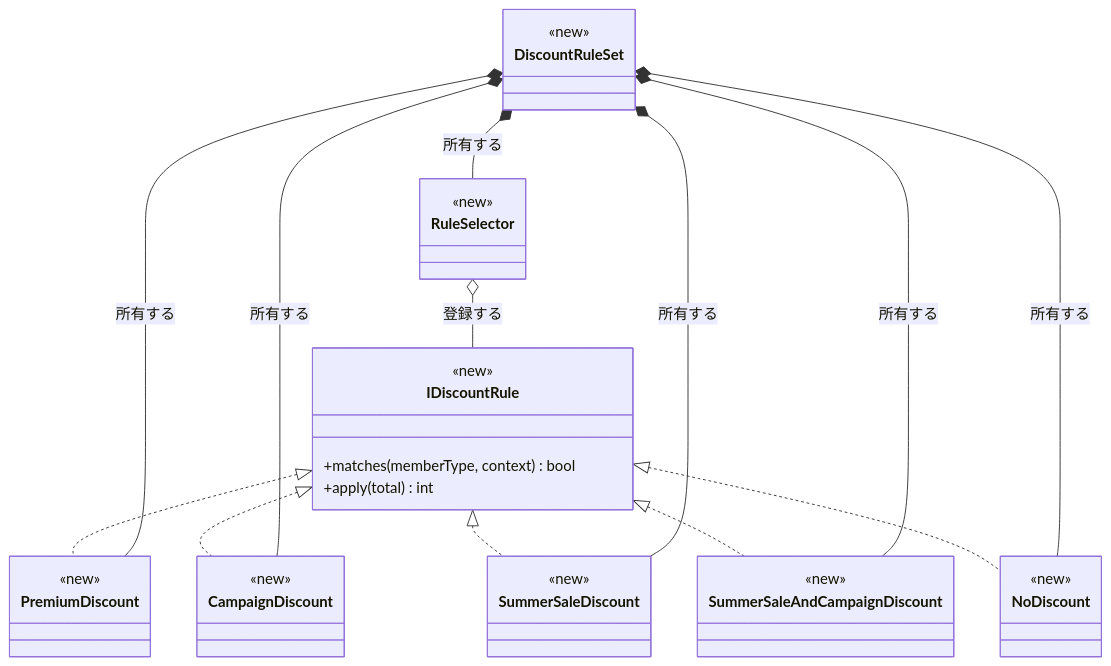
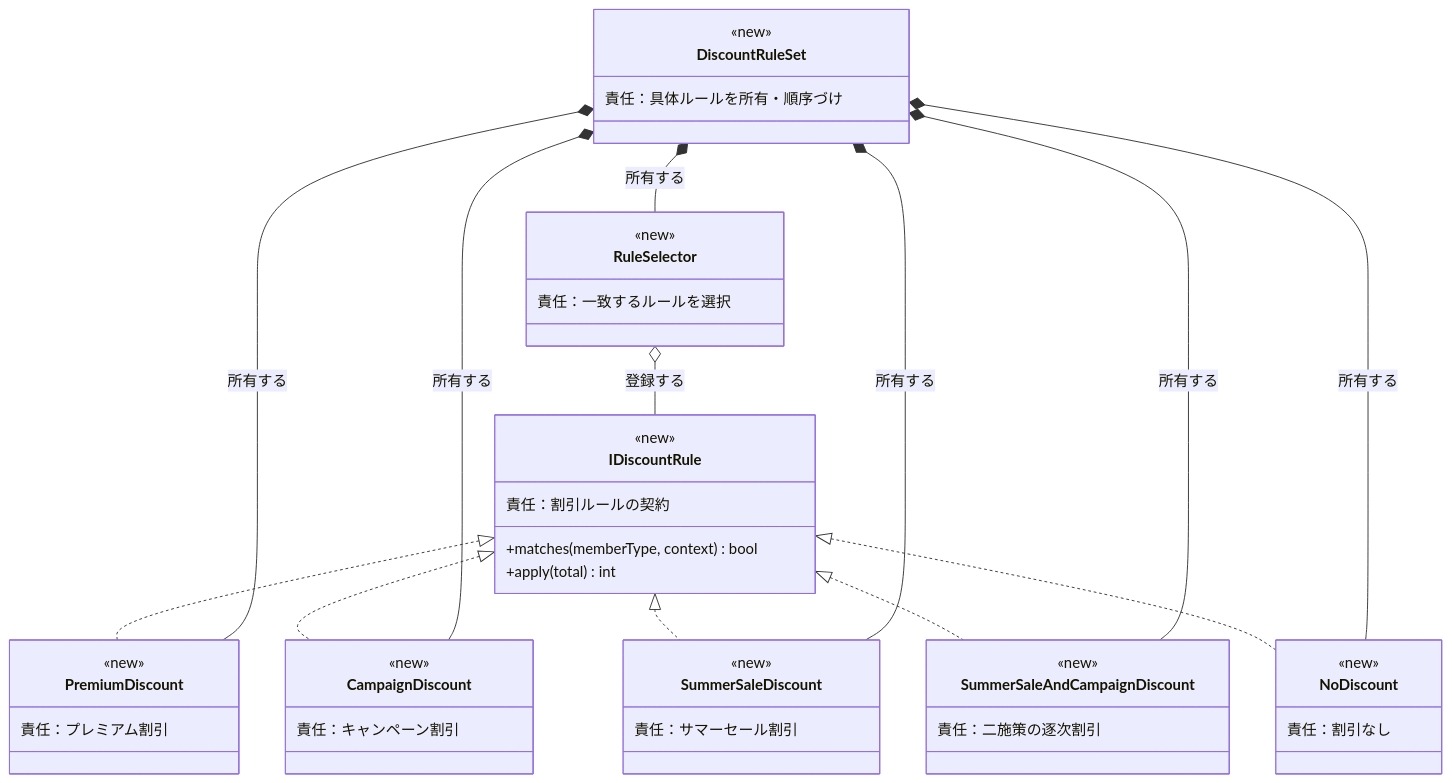
Diagram 13 of 20 in kindle/design-patterns/books/volume01-core-patterns/output/03-chapter01.md (kumachan1101-pixel/DesignPattern), drawn with Mermaid before and after one commit. The commit also changed other lines of this file and 12 other files, not shown here.

````diff
--- a/kindle/design-patterns/books/volume01-core-patterns/output/03-chapter01.md
+++ b/kindle/design-patterns/books/volume01-core-patterns/output/03-chapter01.md
@@ -1735,43 +1728,51 @@
 ```mermaid
 classDiagram
     direction TB
     class IDiscountRule {
         <<new>>
         <<interface>>
+        責任：割引ルールの契約
         +matches(memberType, context) bool
         +apply(total) int
     }
     class PremiumDiscount {
         <<new>>
+        責任：プレミアム割引
     }
     class CampaignDiscount {
         <<new>>
+        責任：キャンペーン割引
     }
     class SummerSaleDiscount {
         <<new>>
+        責任：サマーセール割引
     }
     class SummerSaleAndCampaignDiscount {
         <<new>>
+        責任：二施策の逐次割引
     }
     class NoDiscount {
         <<new>>
+        責任：割引なし
     }
     class DiscountRuleSet {
         <<new>>
+        責任：具体ルールを所有・順序づけ
     }
     class RuleSelector {
         <<new>>
+        責任：一致するルールを選択
     }
     IDiscountRule <|.. PremiumDiscount
     IDiscountRule <|.. CampaignDiscount
     IDiscountRule <|.. SummerSaleDiscount
     IDiscountRule <|.. SummerSaleAndCampaignDiscount
     IDiscountRule <|.. NoDiscount
     DiscountRuleSet *-- PremiumDiscount : 所有する
     DiscountRuleSet *-- CampaignDiscount : 所有する
     DiscountRuleSet *-- SummerSaleDiscount : 所有する
     DiscountRuleSet *-- SummerSaleAndCampaignDiscount : 所有する
     DiscountRuleSet *-- NoDiscount : 所有する
     DiscountRuleSet *-- RuleSelector : 所有する
     RuleSelector o-- IDiscountRule : 登録する
 ```
````
